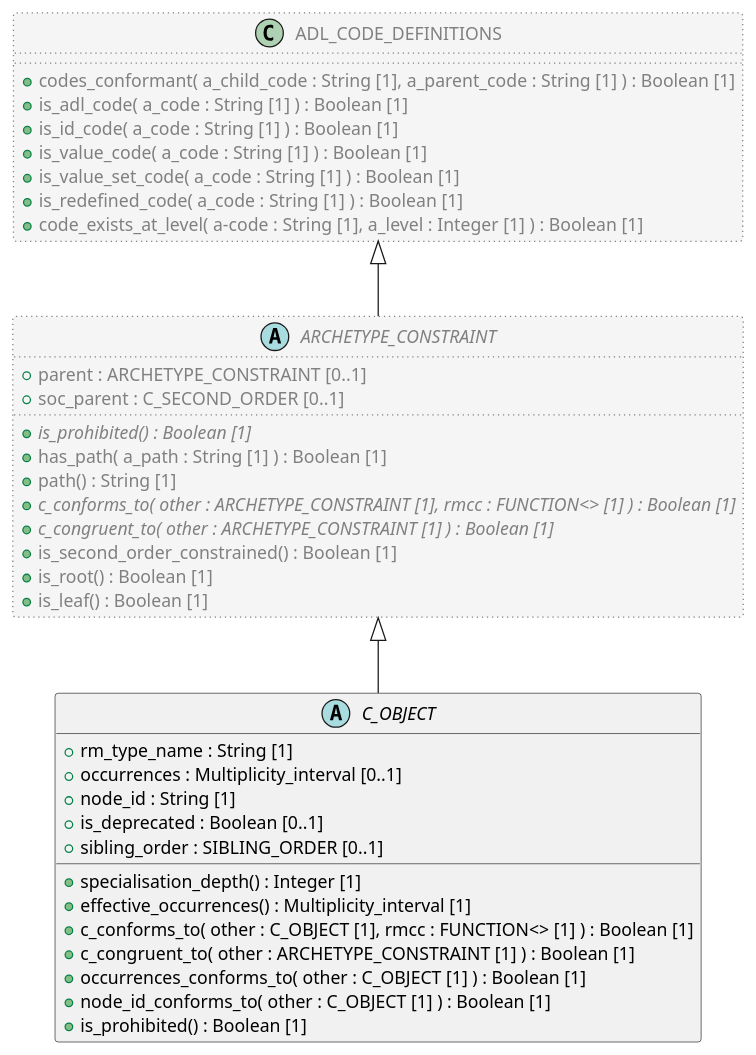
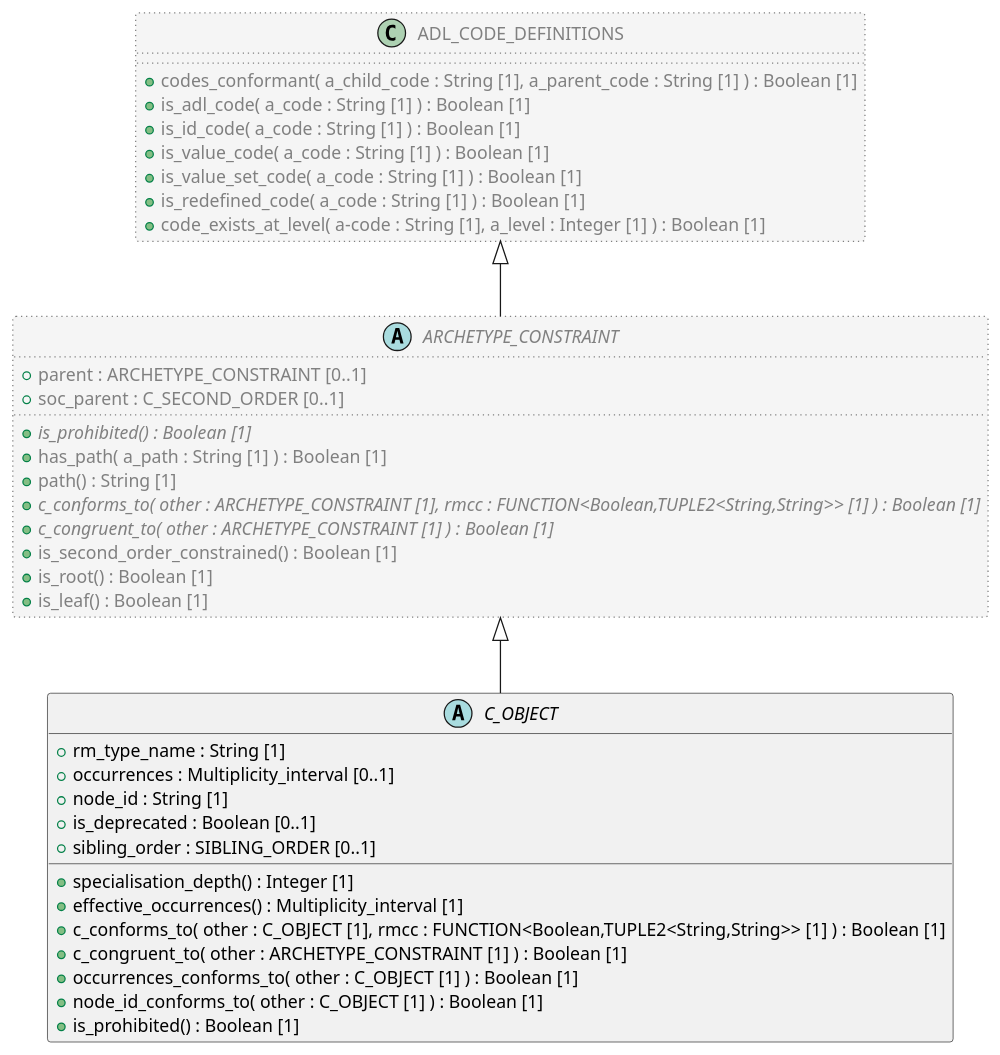
The diagram in code/Adoc/openehr_am_2.3.0/plantUML/classes/aom2.c_object.adoc (sebastian-iancu/code-generator), drawn with PlantUML before and after one commit. The commit also changed 299 other files, not shown here.

```diff
--- a/code/Adoc/openehr_am_2.3.0/plantUML/classes/aom2.c_object.adoc
+++ b/code/Adoc/openehr_am_2.3.0/plantUML/classes/aom2.c_object.adoc
@@ -1,49 +1,49 @@
 [plantuml,C_OBJECT,format=svg]
 -----
 @startuml
 
 abstract class C_OBJECT {
   + rm_type_name : String [1]
   + occurrences : Multiplicity_interval [0..1]
   + node_id : String [1]
   + is_deprecated : Boolean [0..1]
   + sibling_order : SIBLING_ORDER [0..1]
   + specialisation_depth() : Integer [1]
   + effective_occurrences() : Multiplicity_interval [1]
-  + c_conforms_to( other : C_OBJECT [1], rmcc : FUNCTION<> [1] ) : Boolean [1]
+  + c_conforms_to( other : C_OBJECT [1], rmcc : FUNCTION<Boolean,TUPLE2<String,String>> [1] ) : Boolean [1]
   + c_congruent_to( other : ARCHETYPE_CONSTRAINT [1] ) : Boolean [1]
   + occurrences_conforms_to( other : C_OBJECT [1] ) : Boolean [1]
   + node_id_conforms_to( other : C_OBJECT [1] ) : Boolean [1]
   + is_prohibited() : Boolean [1]
 }
 
 abstract class ARCHETYPE_CONSTRAINT  #whitesmoke;line:gray;line.dotted;text:gray {
   + parent : ARCHETYPE_CONSTRAINT [0..1]
   + soc_parent : C_SECOND_ORDER [0..1]
   + {abstract} is_prohibited() : Boolean [1]
   + has_path( a_path : String [1] ) : Boolean [1]
   + path() : String [1]
-  + {abstract} c_conforms_to( other : ARCHETYPE_CONSTRAINT [1], rmcc : FUNCTION<> [1] ) : Boolean [1]
+  + {abstract} c_conforms_to( other : ARCHETYPE_CONSTRAINT [1], rmcc : FUNCTION<Boolean,TUPLE2<String,String>> [1] ) : Boolean [1]
   + {abstract} c_congruent_to( other : ARCHETYPE_CONSTRAINT [1] ) : Boolean [1]
   + is_second_order_constrained() : Boolean [1]
   + is_root() : Boolean [1]
   + is_leaf() : Boolean [1]
 }
 
 class ADL_CODE_DEFINITIONS  #whitesmoke;line:gray;line.dotted;text:gray {
   + codes_conformant( a_child_code : String [1], a_parent_code : String [1] ) : Boolean [1]
   + is_adl_code( a_code : String [1] ) : Boolean [1]
   + is_id_code( a_code : String [1] ) : Boolean [1]
   + is_value_code( a_code : String [1] ) : Boolean [1]
   + is_value_set_code( a_code : String [1] ) : Boolean [1]
   + is_redefined_code( a_code : String [1] ) : Boolean [1]
   + code_exists_at_level( a-code : String [1], a_level : Integer [1] ) : Boolean [1]
 }
 
 ADL_CODE_DEFINITIONS <|-- ARCHETYPE_CONSTRAINT
 
 ARCHETYPE_CONSTRAINT <|-- C_OBJECT
 
 
 @enduml
 -----
```
